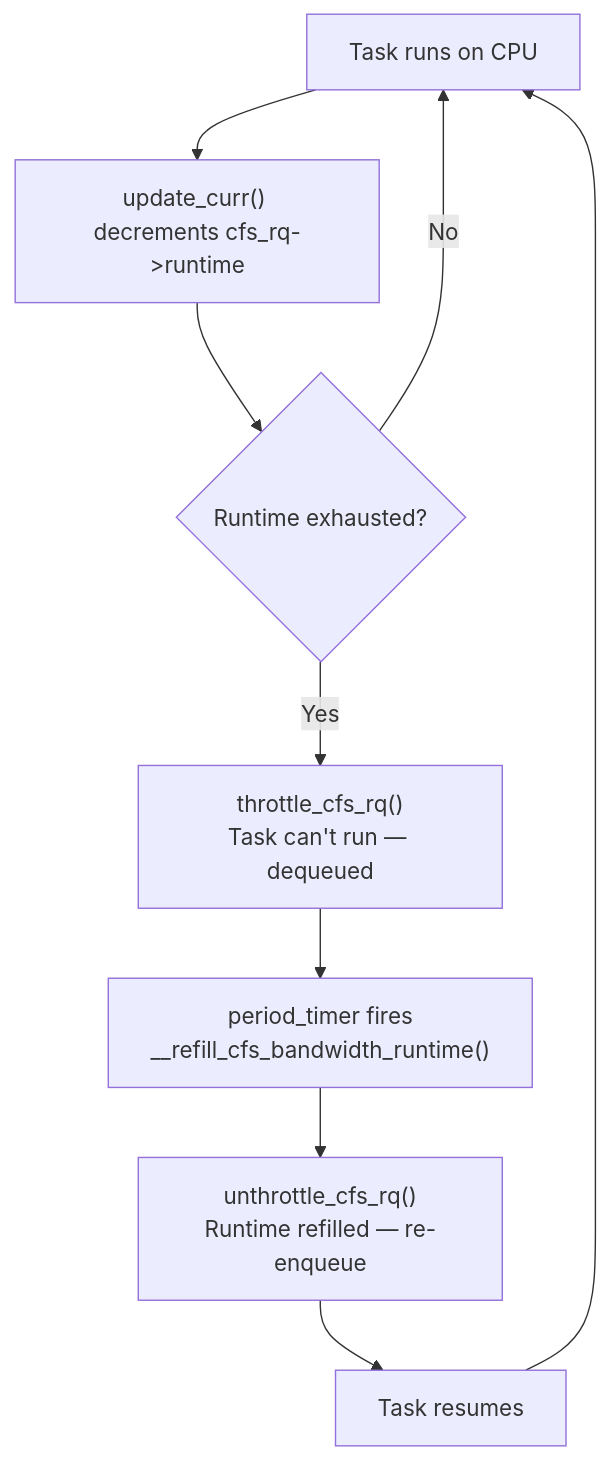
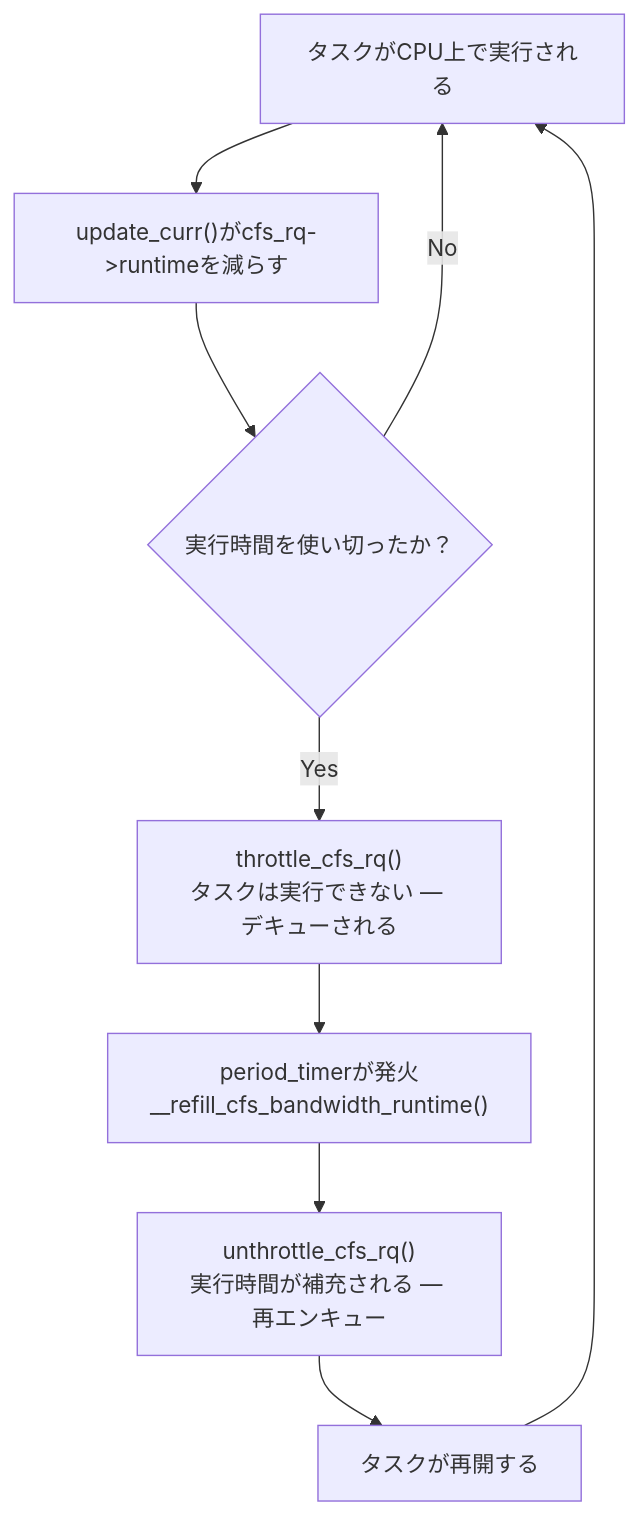
The diagram in docs/sched/cpu-cgroup.md (doguto/linux-kernel-internals-jp), drawn with Mermaid before and after one commit. The commit also changed other lines of this file and 113 other files, not shown here.

````diff
--- a/docs/sched/cpu-cgroup.md
+++ b/docs/sched/cpu-cgroup.md
@@ -118,14 +118,14 @@
 ```mermaid
 flowchart TB
-    A["Task runs on CPU"]
-    B["update_curr() decrements cfs_rq->runtime"]
-    C{Runtime exhausted?}
-    D["throttle_cfs_rq()<br/>Task can't run — dequeued"]
-    E["period_timer fires<br/>__refill_cfs_bandwidth_runtime()"]
-    F["unthrottle_cfs_rq()<br/>Runtime refilled — re-enqueue"]
-    G["Task resumes"]
+    A["タスクがCPU上で実行される"]
+    B["update_curr()がcfs_rq->runtimeを減らす"]
+    C{"実行時間を使い切ったか？"}
+    D["throttle_cfs_rq()<br/>タスクは実行できない — デキューされる"]
+    E["period_timerが発火<br/>__refill_cfs_bandwidth_runtime()"]
+    F["unthrottle_cfs_rq()<br/>実行時間が補充される — 再エンキュー"]
+    G["タスクが再開する"]
 
     A --> B --> C
     C -->|No| A
     C -->|Yes| D --> E --> F --> G --> A
 ```
````
